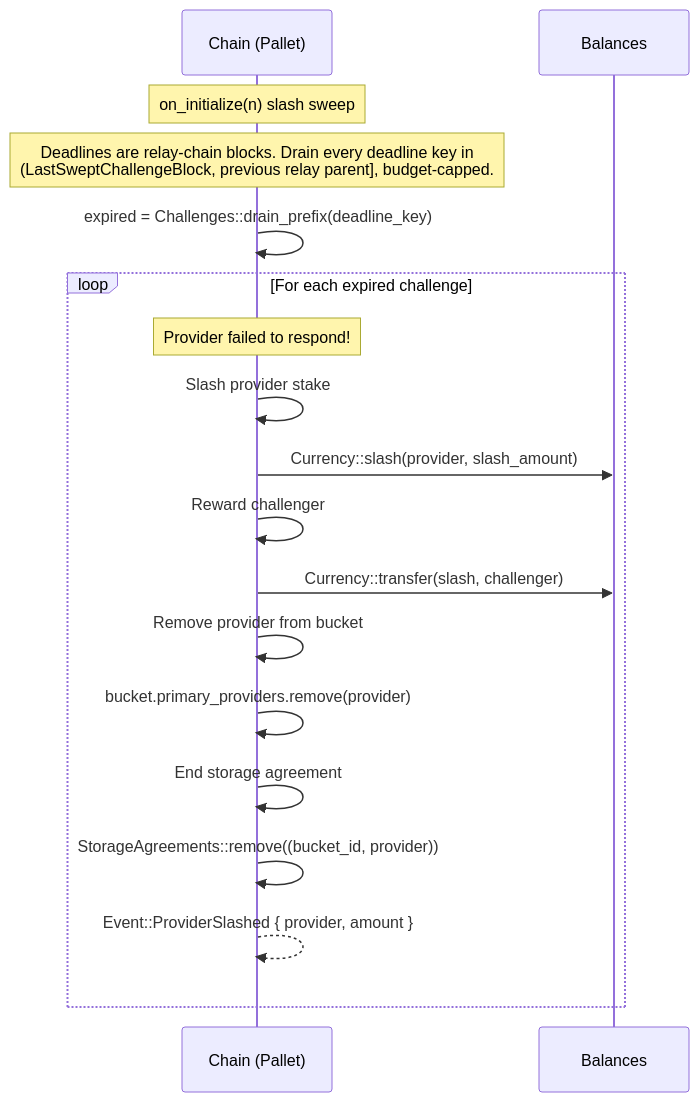
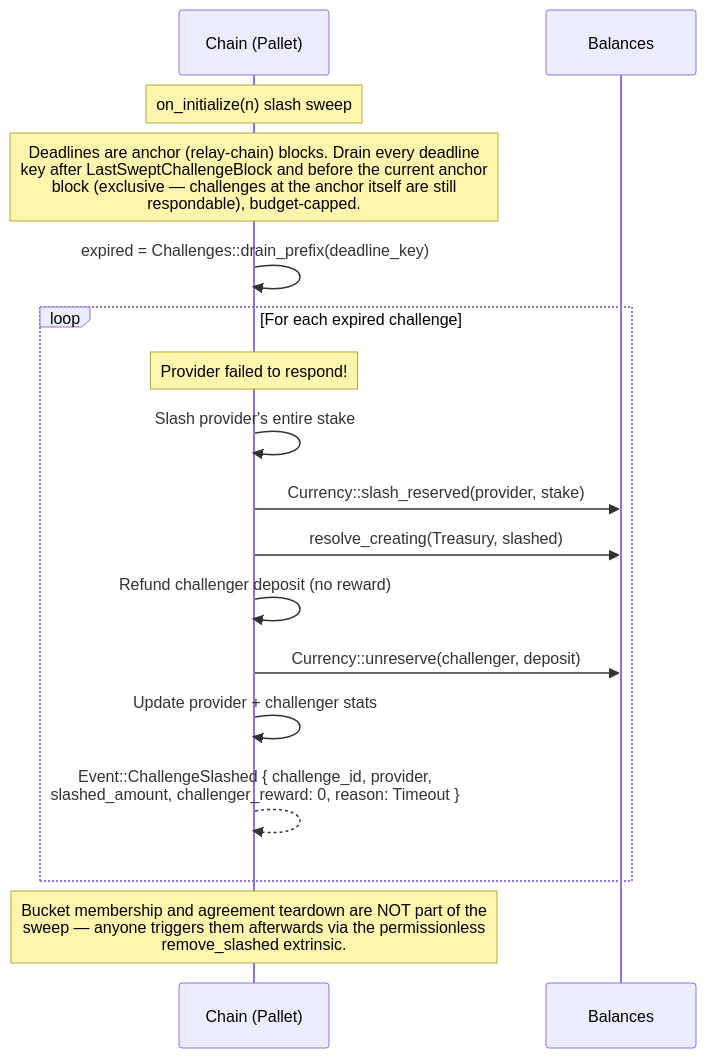
One commit to paritytech/web3-storage changed diagram 11 of 13 in docs/design/EXECUTION_FLOWS.md. Above: the diagram before and after it, drawn with Mermaid. The commit also changed 1 other file, not shown here.

Commit message:
docs: align the slashing flow with the sweep implementation
The Automatic Slashing diagram still showed the pre-Treasury behavior:
challenger reward, bucket removal, agreement teardown and a
ProviderSlashed event. The sweep does none of that — it slashes the whole
stake to the Treasury, refunds the deposit (no reward), updates stats and
emits ChallengeSlashed; teardown is the separate permissionless
remove_slashed extrinsic. Also fix the drain range to be exclusive of the
current anchor block (challenges at the anchor are still respondable) and
correct the same stale 10%-reward claim in the slash helper's rustdoc.

````diff
--- a/docs/design/EXECUTION_FLOWS.md
+++ b/docs/design/EXECUTION_FLOWS.md
@@ -536,29 +536,28 @@
 ```mermaid
 sequenceDiagram
     participant C as Chain (Pallet)
     participant B as Balances
 
     Note over C: on_initialize(n) slash sweep
 
-    Note over C: Deadlines are relay-chain blocks. Drain every deadline key in<br/>(LastSweptChallengeBlock, previous relay parent], budget-capped.
+    Note over C: Deadlines are anchor (relay-chain) blocks. Drain every deadline<br/>key after LastSweptChallengeBlock and before the current anchor<br/>block (exclusive — challenges at the anchor itself are still<br/>respondable), budget-capped.
 
     C->>C: expired = Challenges::drain_prefix(deadline_key)
 
     loop For each expired challenge
         Note over C: Provider failed to respond!
 
-        C->>C: Slash provider stake
-        C->>B: Currency::slash(provider, slash_amount)
+        C->>C: Slash provider's entire stake
+        C->>B: Currency::slash_reserved(provider, stake)
+        C->>B: resolve_creating(Treasury, slashed)
 
-        C->>C: Reward challenger
-        C->>B: Currency::transfer(slash, challenger)
+        C->>C: Refund challenger deposit (no reward)
+        C->>B: Currency::unreserve(challenger, deposit)
 
-        C->>C: Remove provider from bucket
-        C->>C: bucket.primary_providers.remove(provider)
+        C->>C: Update provider + challenger stats
 
-        C->>C: End storage agreement
-        C->>C: StorageAgreements::remove((bucket_id, provider))
+        C-->>C: Event::ChallengeSlashed { challenge_id, provider,<br/>slashed_amount, challenger_reward: 0, reason: Timeout }
+    end
 
-        C-->>C: Event::ProviderSlashed { provider, amount }
-    end
+    Note over C: Bucket membership and agreement teardown are NOT part of the<br/>sweep — anyone triggers them afterwards via the permissionless<br/>remove_slashed extrinsic.
 ```
````
